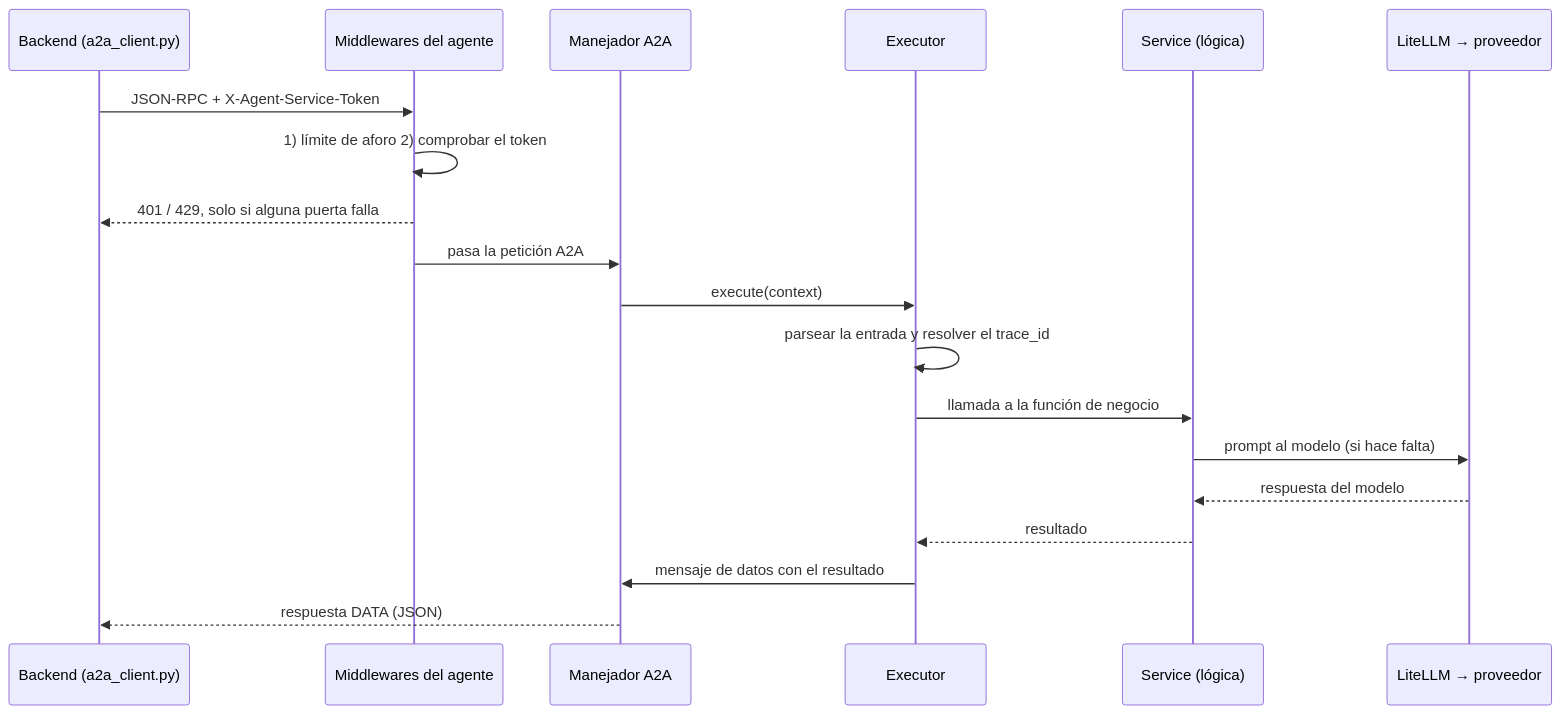
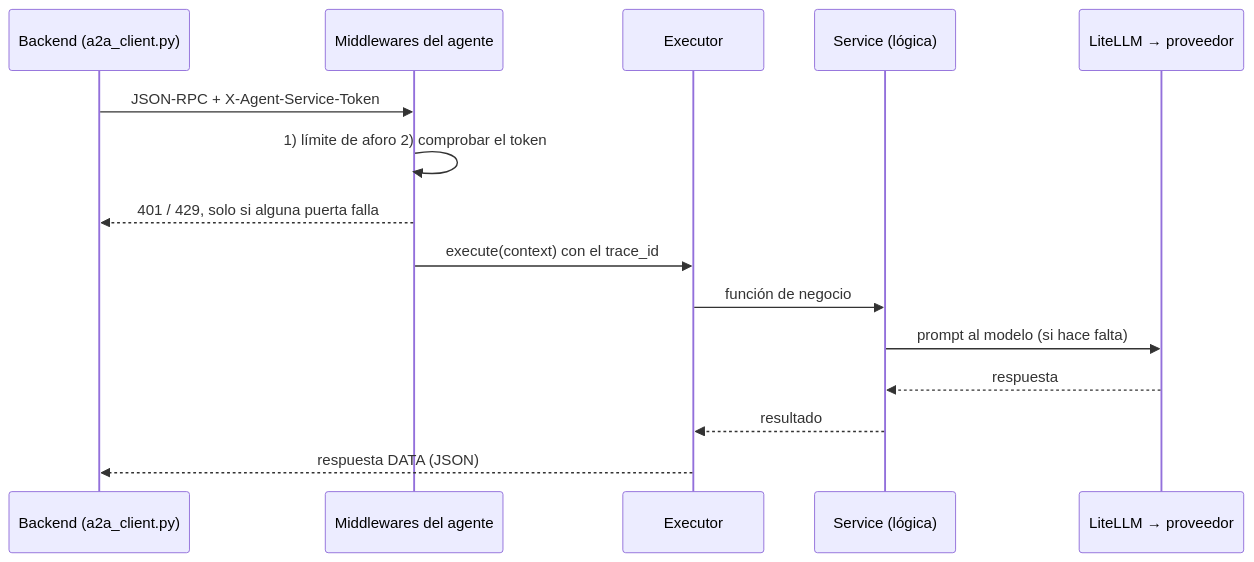
Before and after one commit to Mapeldorf/JuniorTrainer: the second of 10 diagrams in capstone/juniortrainer-capstone.md, drawn with Mermaid. The commit also changed other lines of this file and 3 other files, not shown here.

````diff
--- a/capstone/juniortrainer-capstone.md
+++ b/capstone/juniortrainer-capstone.md
@@ -616,22 +386,18 @@
 ```mermaid
 sequenceDiagram
     participant BE as Backend (a2a_client.py)
     participant MW as Middlewares del agente
-    participant H as Manejador A2A
     participant EX as Executor
     participant SV as Service (lógica)
     participant LM as LiteLLM → proveedor
 
     BE->>MW: JSON-RPC + X-Agent-Service-Token
     MW->>MW: 1) límite de aforo   2) comprobar el token
     MW-->>BE: 401 / 429, solo si alguna puerta falla
-    MW->>H: pasa la petición A2A
-    H->>EX: execute(context)
-    EX->>EX: parsear la entrada y resolver el trace_id
-    EX->>SV: llamada a la función de negocio
+    MW->>EX: execute(context) con el trace_id
+    EX->>SV: función de negocio
     SV->>LM: prompt al modelo (si hace falta)
-    LM-->>SV: respuesta del modelo
+    LM-->>SV: respuesta
     SV-->>EX: resultado
-    EX->>H: mensaje de datos con el resultado
-    H-->>BE: respuesta DATA (JSON)
+    EX-->>BE: respuesta DATA (JSON)
 ```
````
